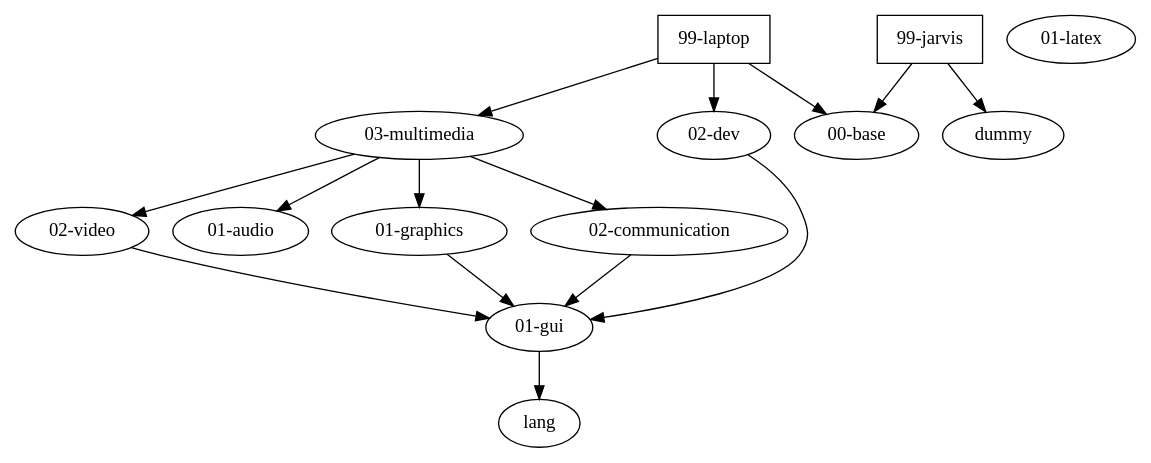
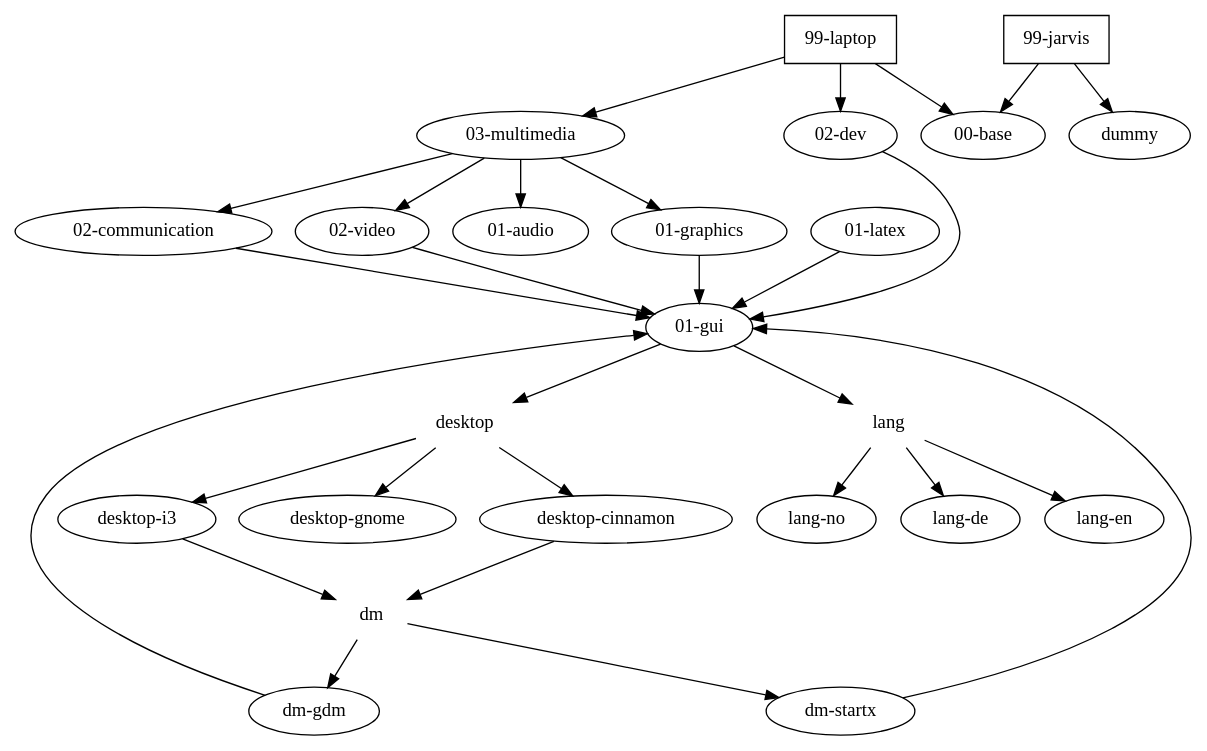
One commit to laerling/config changed the diagram in tree.dot. Above: the diagram before and after it, drawn with Graphviz. The commit also changed 1 other file, not shown here.

```diff
--- a/tree.dot
+++ b/tree.dot
@@ -1,46 +1,77 @@
 strict digraph G{
 
 hd_laptop[label="99-laptop", shape=box];
 hd_laptop -> base;
 hd_laptop -> multimedia;
 hd_laptop -> dev;
 
 hd_jarvis[label="99-jarvis", shape=box];
 hd_jarvis -> base;
 hd_jarvis -> dummy;
 
 
 base[label="00-base"]; #every holodeck depends on this
 
 multimedia[label="03-multimedia"];
 multimedia -> video;
 multimedia -> audio;
 multimedia -> graphics;
 multimedia -> communication;
 
 dev[label="02-dev"];
 dev -> gui;
 
 
 communication[label="02-communication"];
 communication -> gui;
 
 video[label="02-video"];
 video -> gui;
 
 audio[label="01-audio"];
 
 graphics[label="01-graphics"];
 graphics -> gui;
 
 latex[label="01-latex"];
+latex -> gui;
 
 
 gui[label="01-gui"];
+gui -> desktop;
 gui -> lang;
 
-lang[label="lang"];
+desktop[shape="plaintext"];
+desktop -> desktop_cinnamon;
+desktop -> desktop_gnome;
+desktop -> desktop_i3;
+
+desktop_cinnamon[label="desktop-cinnamon"];
+desktop_cinnamon -> dm;
+
+desktop_gnome[label="desktop-gnome"];
+
+desktop_i3[label="desktop-i3"];
+desktop_i3 -> dm;
+
+dm[shape="plaintext"];
+dm -> dm_gdm;
+dm -> dm_startx;
+
+dm_gdm[label="dm-gdm"];
+dm_gdm -> gui;
+dm_startx[label="dm-startx"];
+dm_startx -> gui;
+
+lang[shape="plaintext"];
+lang -> lang_de;
+lang -> lang_en;
+lang -> lang_no;
+
+lang_de[label="lang-de"];
+lang_en[label="lang-en"];
+lang_no[label="lang-no"];
 
 dummy[label="dummy"];
 
 }
```
